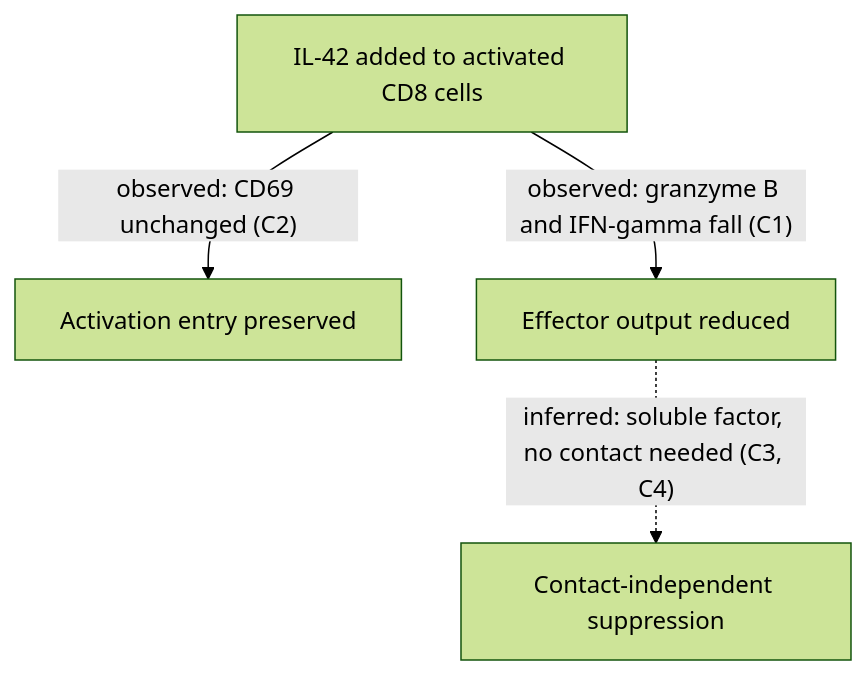
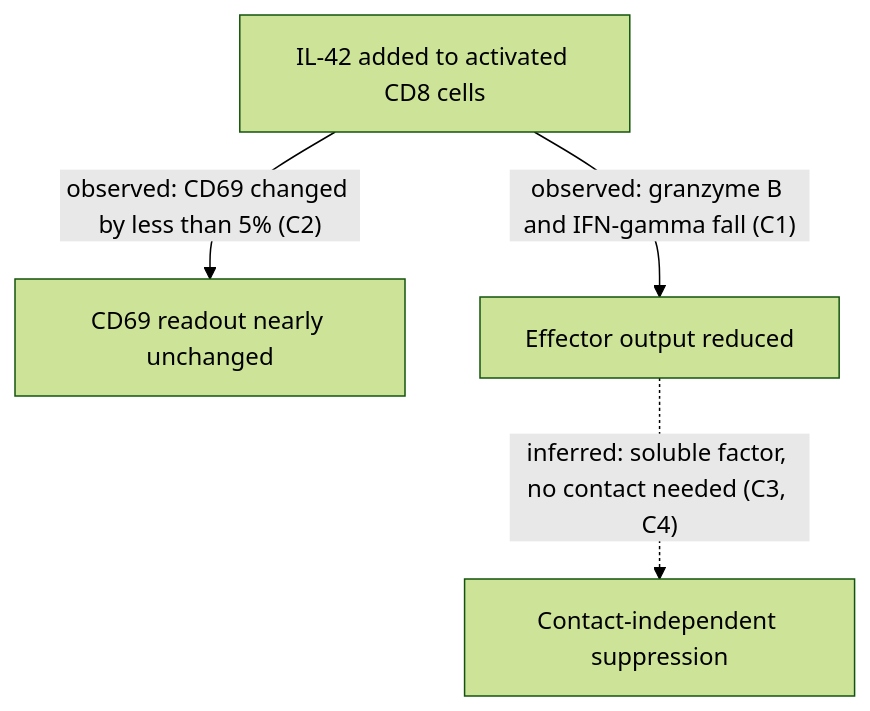
The first of 2 diagrams in skills/_shared/examples/reading-note-v2.md (hele211/crickNote), drawn with Mermaid (forest theme) before and after one commit. The commit also changed other lines of this file and 5 other files, not shown here.

````diff
--- a/skills/_shared/examples/reading-note-v2.md
+++ b/skills/_shared/examples/reading-note-v2.md
@@ -44,6 +44,6 @@
 ```mermaid
 flowchart TB
-  A["IL-42 added to activated CD8 cells"] -->|"observed: CD69 unchanged (C2)"| B["Activation entry preserved"]
+  A["IL-42 added to activated CD8 cells"] -->|"observed: CD69 changed by less than 5% (C2)"| B["CD69 readout nearly unchanged"]
   A -->|"observed: granzyme B and IFN-gamma fall (C1)"| C["Effector output reduced"]
   C -.->|"inferred: soluble factor, no contact needed (C3, C4)"| D["Contact-independent suppression"]
 ```
````
